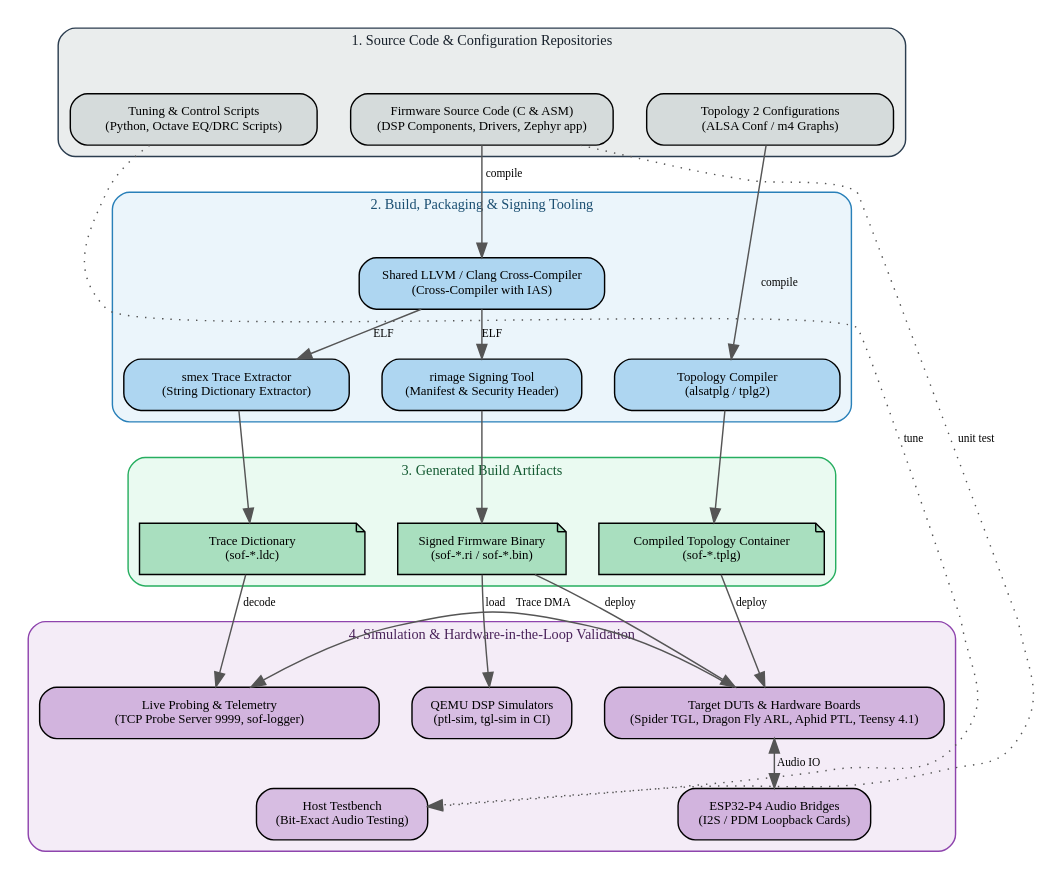
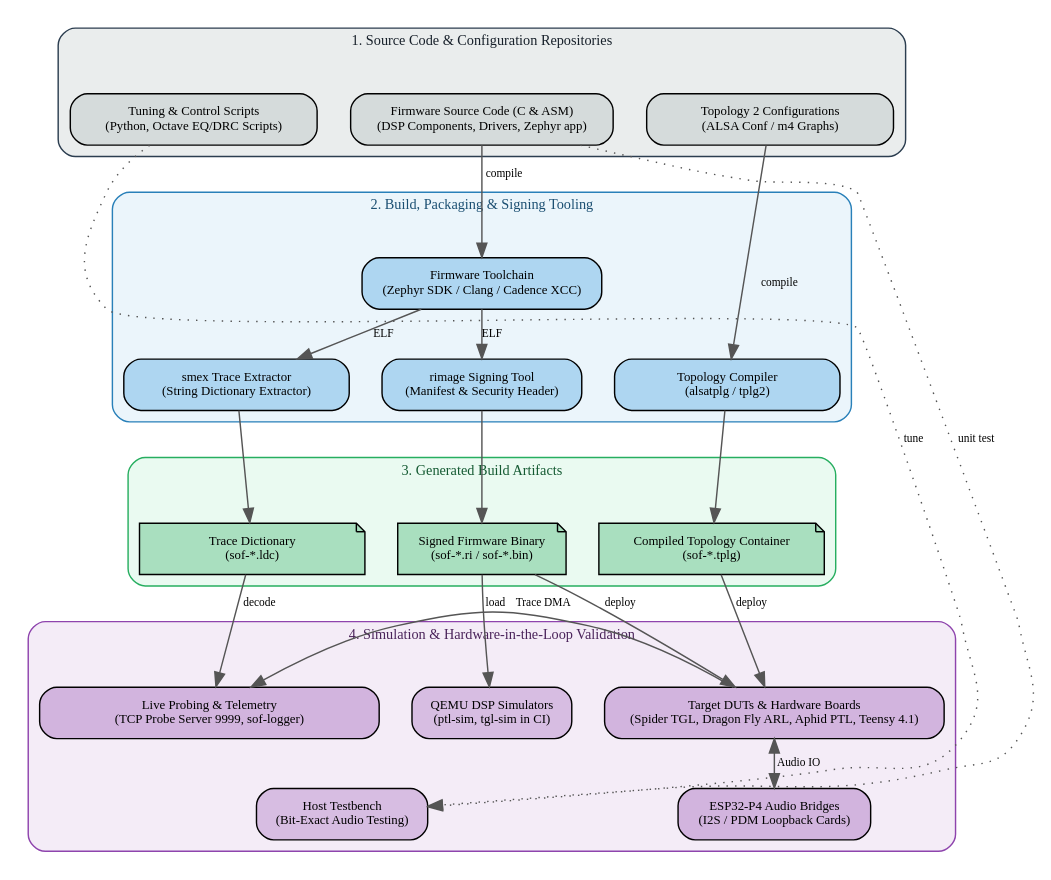
The diagram in getting_started/index.rst (thesofproject/sof-docs), drawn with Graphviz before and after one commit. The commit also changed other lines of this file and 14 other files, not shown here.

First line of the commit message:
docs: Update getting started build guide, architecture, FAQ, and tooling

```diff
--- a/getting_started/index.rst
+++ b/getting_started/index.rst
@@ -48,7 +56,7 @@
            fontsize = 10;
            fontcolor = "#1b4f72";
 
-           tool_llvm [label="Shared LLVM / Clang Cross-Compiler\n(Cross-Compiler with IAS)", fillcolor="#aed6f1"];
+           tool_llvm [label="Firmware Toolchain\n(Zephyr SDK / Clang / Cadence XCC)", fillcolor="#aed6f1"];
            tool_smex [label="smex Trace Extractor\n(String Dictionary Extractor)", width=2.2, fixedsize=shape, fillcolor="#aed6f1"];
            tool_rimage [label="rimage Signing Tool\n(Manifest & Security Header)", fillcolor="#aed6f1"];
            tool_alsatplg [label="Topology Compiler\n(alsatplg / tplg2)", width=2.2, fixedsize=shape, fillcolor="#aed6f1"];
```
